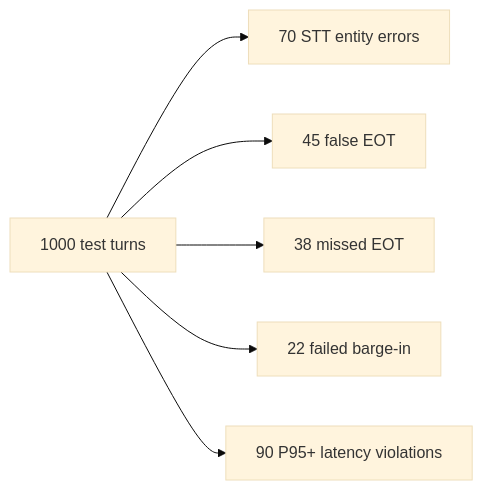
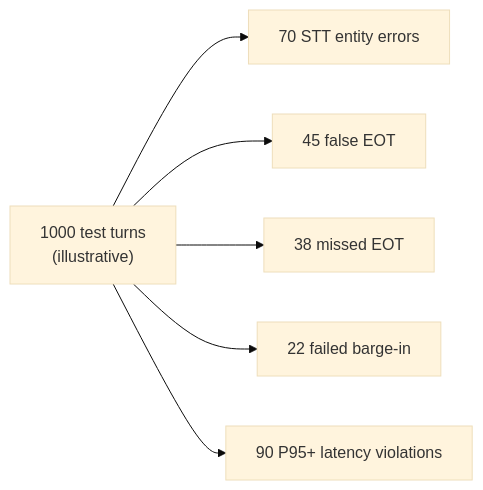
One commit to emilwareus/addcommitpush.io changed the second of 2 diagrams in presentations/voice-agents/research/insights/INSIGHT_08_voice_agent_eval_needs_multiple_metrics.md. Above: the diagram before and after it, drawn with Mermaid (base theme). The commit also changed other lines of this file and 20 other files, not shown here.

````diff
--- a/presentations/voice-agents/research/insights/INSIGHT_08_voice_agent_eval_needs_multiple_metrics.md
+++ b/presentations/voice-agents/research/insights/INSIGHT_08_voice_agent_eval_needs_multiple_metrics.md
@@ -138,8 +263,8 @@
 ```mermaid
 flowchart LR
-  A[1000 test turns] --> B[70 STT entity errors]
-  A --> C[45 false EOT]
-  A --> D[38 missed EOT]
-  A --> E[22 failed barge-in]
-  A --> F[90 P95+ latency violations]
+  A["1000 test turns<br/>(illustrative)"] --> B["70 STT entity errors"]
+  A --> C["45 false EOT"]
+  A --> D["38 missed EOT"]
+  A --> E["22 failed barge-in"]
+  A --> F["90 P95+ latency violations"]
 ```
````
